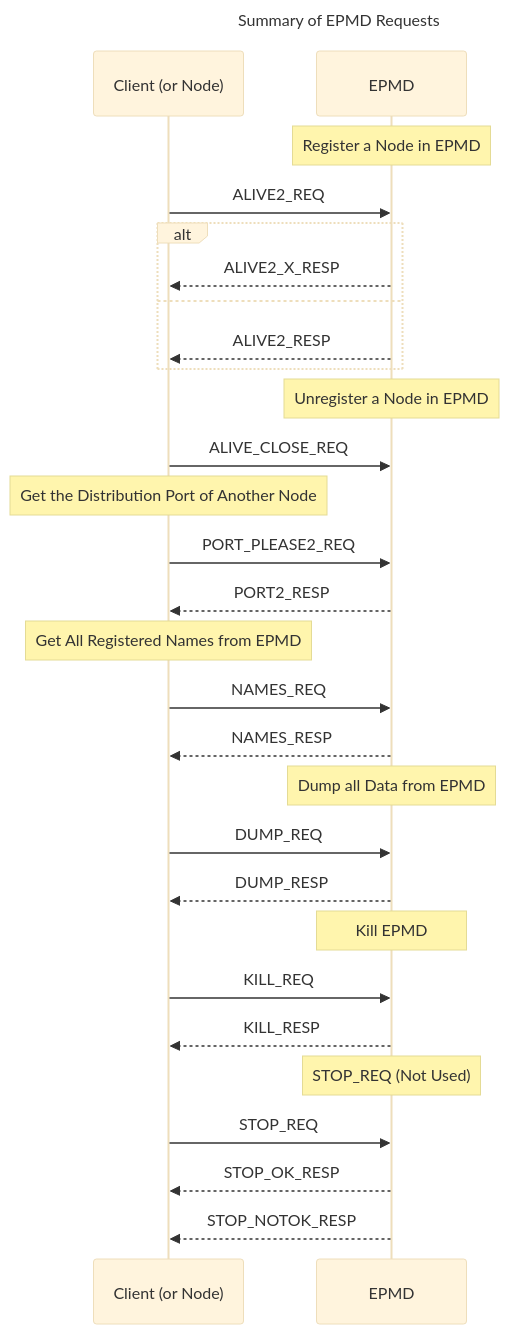
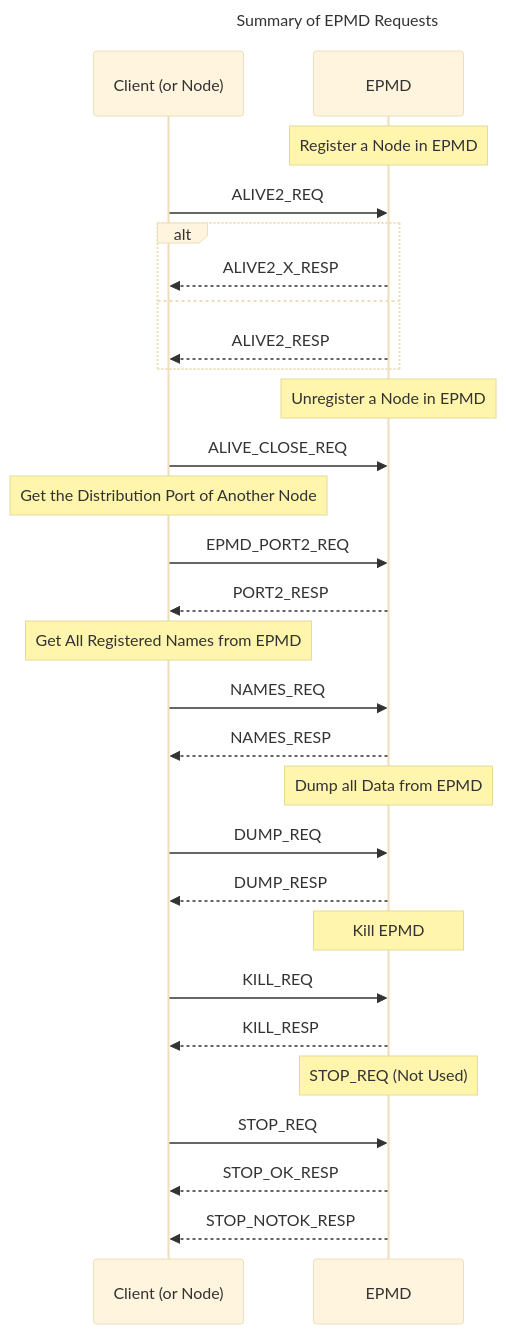
One commit to erlang/otp changed the first of 8 diagrams in erts/doc/guides/erl_dist_protocol.md. Above: the diagram before and after it, drawn with Mermaid (base theme). The commit also changed other lines of this file and 3 other files, not shown here.

Commit message:
epmd: rename PORT_PLEASE2_REQ

````diff
--- a/erts/doc/guides/erl_dist_protocol.md
+++ b/erts/doc/guides/erl_dist_protocol.md
@@ -72,41 +72,41 @@
 ```mermaid
 ---
 title: Summary of EPMD Requests
 ---
 
 sequenceDiagram
     participant client as Client (or Node)
     participant EPMD
 
     Note over EPMD: Register a Node in EPMD
     client ->> EPMD: ALIVE2_REQ
     alt
         EPMD -->> client: ALIVE2_X_RESP
     else
         EPMD -->> client: ALIVE2_RESP
     end
 
     Note over EPMD: Unregister a Node in EPMD
     client ->> EPMD: ALIVE_CLOSE_REQ
 
     Note over client: Get the Distribution Port of Another Node
-    client ->> EPMD: PORT_PLEASE2_REQ
+    client ->> EPMD: EPMD_PORT2_REQ
     EPMD -->> client: PORT2_RESP
 
     Note over client: Get All Registered Names from EPMD
     client ->> EPMD: NAMES_REQ
     EPMD -->> client: NAMES_RESP
 
     Note over EPMD: Dump all Data from EPMD
     client ->> EPMD: DUMP_REQ
     EPMD -->> client: DUMP_RESP
 
     Note over EPMD: Kill EPMD
     client ->> EPMD: KILL_REQ
     EPMD -->> client: KILL_RESP
 
     Note over EPMD: STOP_REQ (Not Used)
     client ->> EPMD: STOP_REQ
     EPMD -->> client: STOP_OK_RESP
     EPMD -->> client: STOP_NOTOK_RESP
 ```
````
